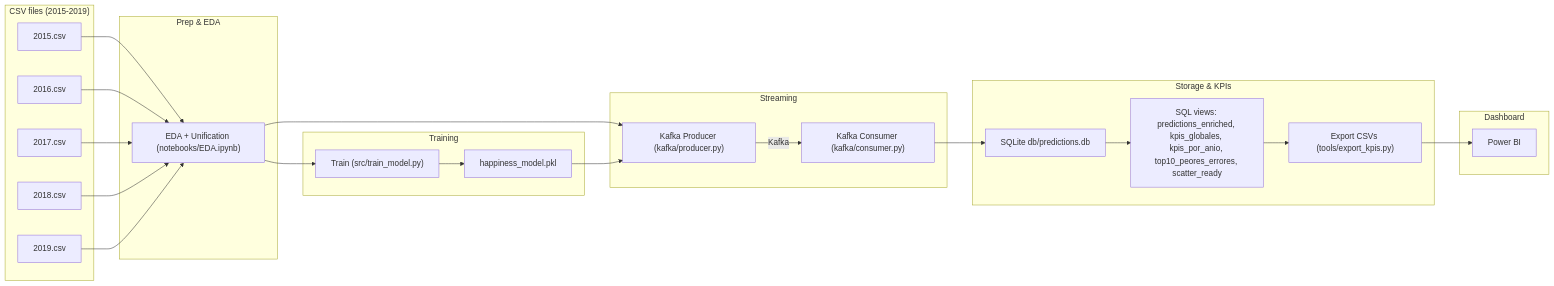
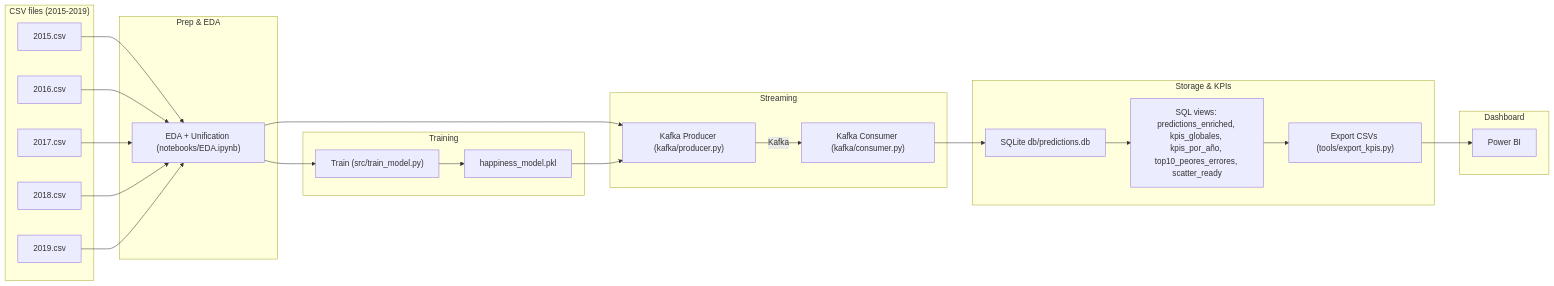
The first of 2 diagrams in README.md (ShadowBlack33/workshop3-etl), drawn with Mermaid before and after one commit.

````diff
--- a/README.md
+++ b/README.md
@@ -32,60 +32,60 @@
 ```mermaid
 flowchart LR
   %% --- Data Ingest ---
   subgraph Ingest["CSV files (2015-2019)"]
     f2015["2015.csv"]
     f2016["2016.csv"]
     f2017["2017.csv"]
     f2018["2018.csv"]
     f2019["2019.csv"]
   end
 
   %% --- Prep & EDA ---
   subgraph Prep["Prep & EDA"]
     eda["EDA + Unification (notebooks/EDA.ipynb)"]
   end
 
   %% --- Training ---
   subgraph Model["Training"]
     train["Train (src/train_model.py)"]
     pkl["happiness_model.pkl"]
   end
 
   %% --- Streaming ---
   subgraph Stream["Streaming"]
     prod["Kafka Producer (kafka/producer.py)"]
     cons["Kafka Consumer (kafka/consumer.py)"]
   end
 
   %% --- Storage & KPIs ---
   subgraph Storage["Storage & KPIs"]
     db["SQLite db/predictions.db"]
-    views["SQL views: predictions_enriched, kpis_globales, kpis_por_anio, top10_peores_errores, scatter_ready"]
+    views["SQL views: predictions_enriched, kpis_globales, kpis_por_año, top10_peores_errores, scatter_ready"]
     export["Export CSVs (tools/export_kpis.py)"]
   end
 
   %% --- BI ---
   subgraph BI["Dashboard"]
     pbi["Power BI"]
   end
 
   %% --- Flows ---
   f2015 --> eda
   f2016 --> eda
   f2017 --> eda
   f2018 --> eda
   f2019 --> eda
 
   eda --> train
   train --> pkl
 
   eda --> prod
   pkl --> prod
   prod -->|Kafka| cons
 
   cons --> db
   db --> views
   views --> export
   export --> pbi
 
 ```
````
